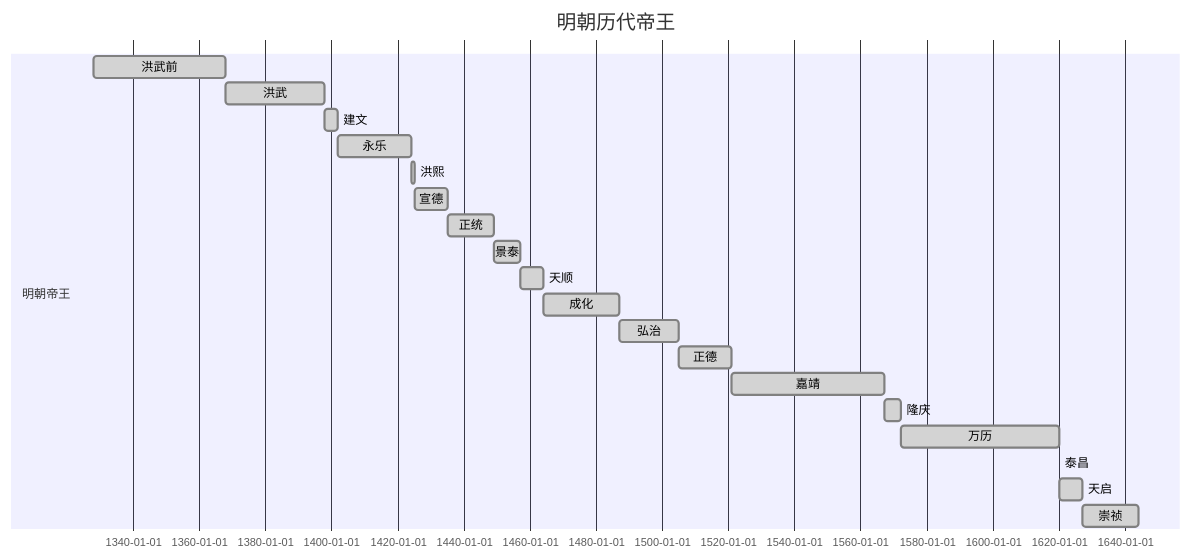
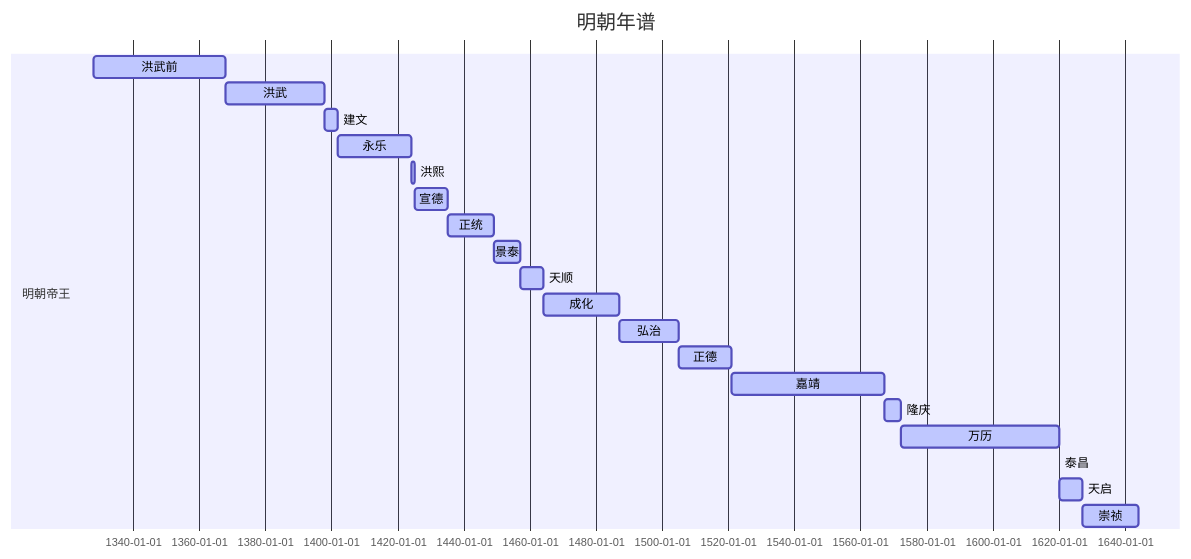
One commit to pemglee/HistoryNotes changed the first of 4 diagrams in NoteList.md. Above: the diagram before and after it, drawn with Mermaid. The commit also changed other lines of this file, not shown here.

````diff
--- a/NoteList.md
+++ b/NoteList.md
@@ -15,25 +15,25 @@
 ```mermaid
 gantt
 dateformat YYYY
-title 明朝历代帝王
+title 明朝年谱
 
 section 明朝帝王
-洪武前: done, 朱元璋, 1328, 1368
-洪武: done, 朱元璋, 1368, 1398
-建文: done, 朱允炆, 1398, 1402
-永乐: done, 朱棣, 1402, 1424
-洪熙: done, 朱高炽, 1424, 1425
-宣德: done, 朱瞻基, 1425, 1435
-正统: done, 朱祁镇, 1435, 1449
-景泰: done, 朱祁钰, 1449, 1457
-天顺: done, 朱祁镇, 1457, 1464
-成化: done, 朱见深, 1464, 1487
-弘治: done, 朱祐樘, 1487, 1505
-正德: done, 朱厚照, 1505, 1521
-嘉靖: done, 朱厚熜, 1521, 1567
-隆庆: done, 朱载坖, 1567, 1572
-万历: done, 朱翊钧, 1572, 1620
-泰昌: done, 朱常洛, 1620, 1620
-天启: done, 朱由校, 1620, 1627
-崇祯: done, 朱由检, 1627, 1644
+洪武前: active, 朱元璋, 1328, 1368
+洪武: active, 朱元璋, 1368, 1398
+建文: active, 朱允炆, 1398, 1402
+永乐: active, 朱棣, 1402, 1424
+洪熙: active, 朱高炽, 1424, 1425
+宣德: active, 朱瞻基, 1425, 1435
+正统: active, 朱祁镇, 1435, 1449
+景泰: active, 朱祁钰, 1449, 1457
+天顺: active, 朱祁镇, 1457, 1464
+成化: active, 朱见深, 1464, 1487
+弘治: active, 朱祐樘, 1487, 1505
+正德: active, 朱厚照, 1505, 1521
+嘉靖: active, 朱厚熜, 1521, 1567
+隆庆: active, 朱载坖, 1567, 1572
+万历: active, 朱翊钧, 1572, 1620
+泰昌: active, 朱常洛, 1620, 1620
+天启: active, 朱由校, 1620, 1627
+崇祯: active, 朱由检, 1627, 1644
 ```
````
